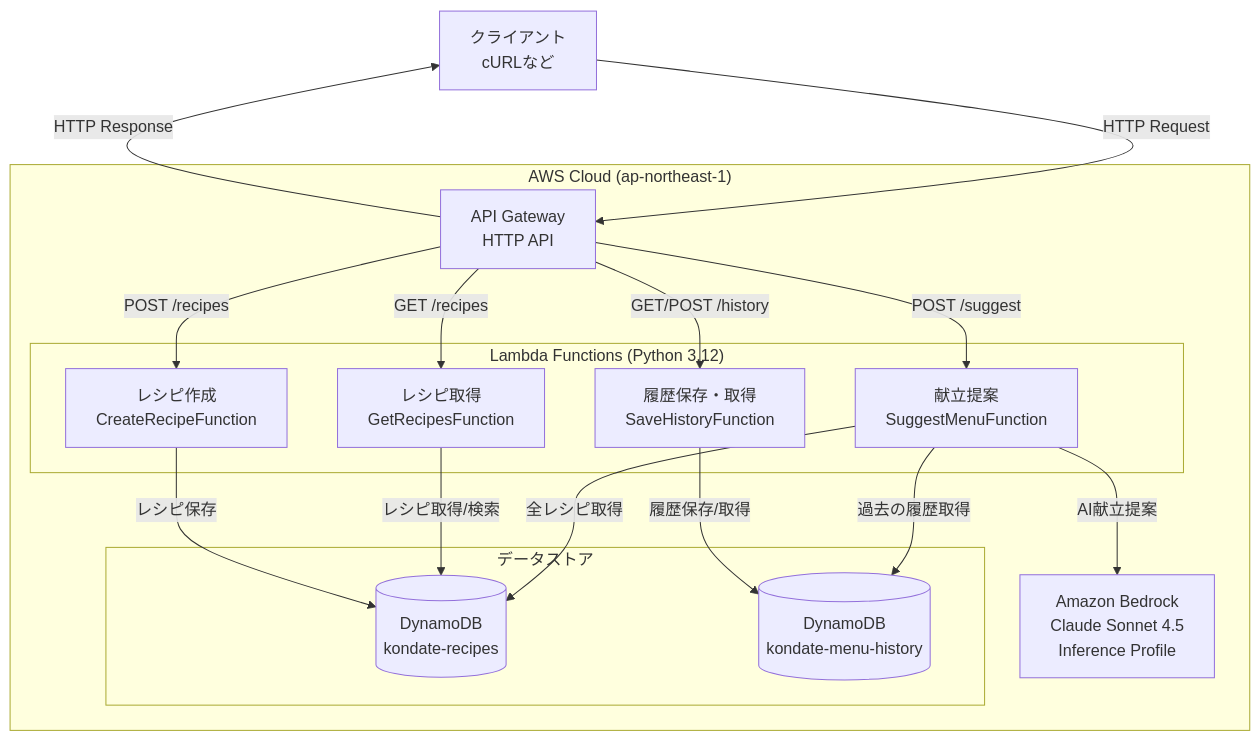
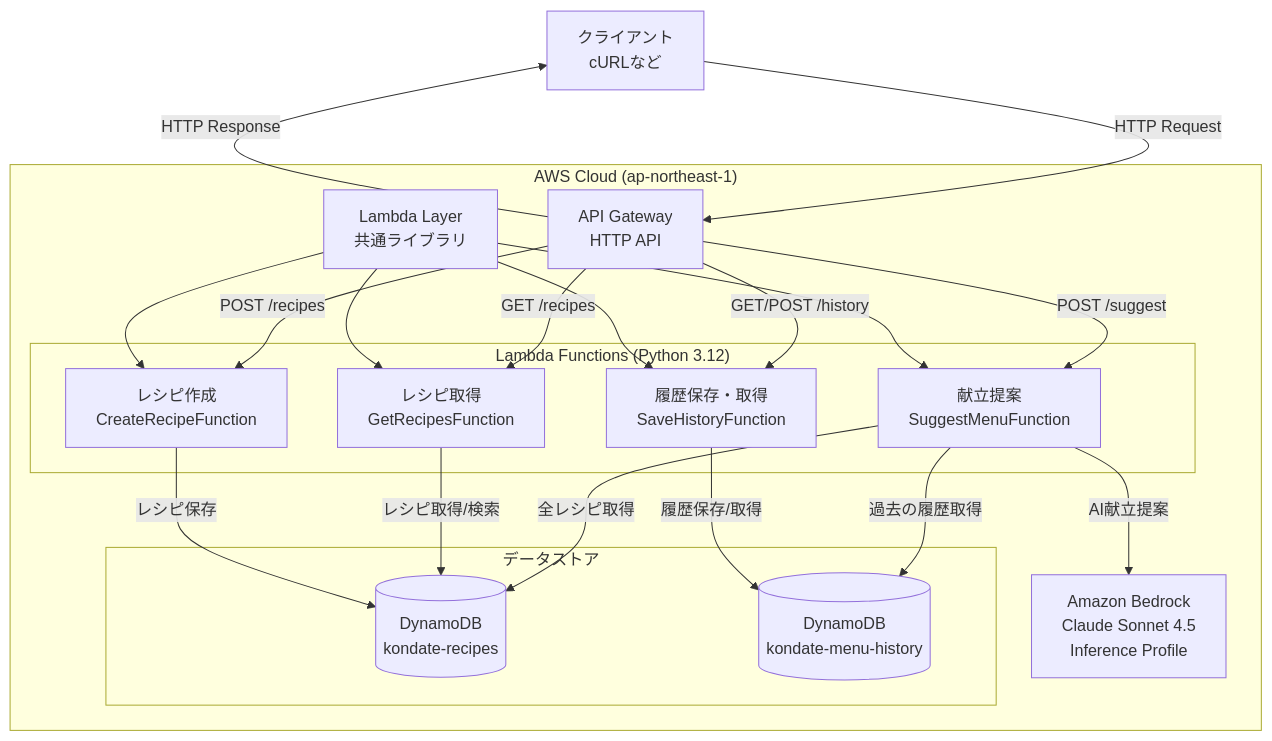
One commit to takuya29/kondate-planner changed the first of 5 diagrams in README.md. Above: the diagram before and after it, drawn with Mermaid. The commit also changed other lines of this file and 7 other files, not shown here.

Commit message:
Introduce Lambda Layer for shared code (#24)

````diff
--- a/README.md
+++ b/README.md
@@ -15,40 +15,46 @@
 ```mermaid
 graph TB
     Client[クライアント<br/>cURLなど]
 
     subgraph AWS["AWS Cloud (ap-northeast-1)"]
         APIGW[API Gateway<br/>HTTP API]
+        LambdaLayer[Lambda Layer<br/>共通ライブラリ]
 
         subgraph Lambda["Lambda Functions (Python 3.12)"]
             SuggestMenu[献立提案<br/>SuggestMenuFunction]
             GetRecipes[レシピ取得<br/>GetRecipesFunction]
             CreateRecipe[レシピ作成<br/>CreateRecipeFunction]
             SaveHistory[履歴保存・取得<br/>SaveHistoryFunction]
         end
 
         subgraph Storage["データストア"]
             RecipesDB[(DynamoDB<br/>kondate-recipes)]
             HistoryDB[(DynamoDB<br/>kondate-menu-history)]
         end
 
         Bedrock[Amazon Bedrock<br/>Claude Sonnet 4.5<br/>Inference Profile]
     end
 
     Client -->|HTTP Request| APIGW
 
     APIGW -->|POST /suggest| SuggestMenu
     APIGW -->|GET /recipes| GetRecipes
     APIGW -->|POST /recipes| CreateRecipe
     APIGW -->|GET/POST /history| SaveHistory
 
+    LambdaLayer --> SuggestMenu
+    LambdaLayer --> GetRecipes
+    LambdaLayer --> CreateRecipe
+    LambdaLayer --> SaveHistory
+
     SuggestMenu -->|全レシピ取得| RecipesDB
     SuggestMenu -->|過去の履歴取得| HistoryDB
     SuggestMenu -->|AI献立提案| Bedrock
 
     GetRecipes -->|レシピ取得/検索| RecipesDB
     CreateRecipe -->|レシピ保存| RecipesDB
 
     SaveHistory -->|履歴保存/取得| HistoryDB
 
     APIGW -->|HTTP Response| Client
 ```
````
